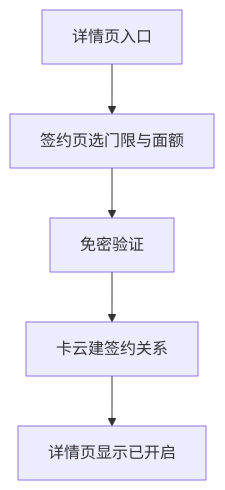
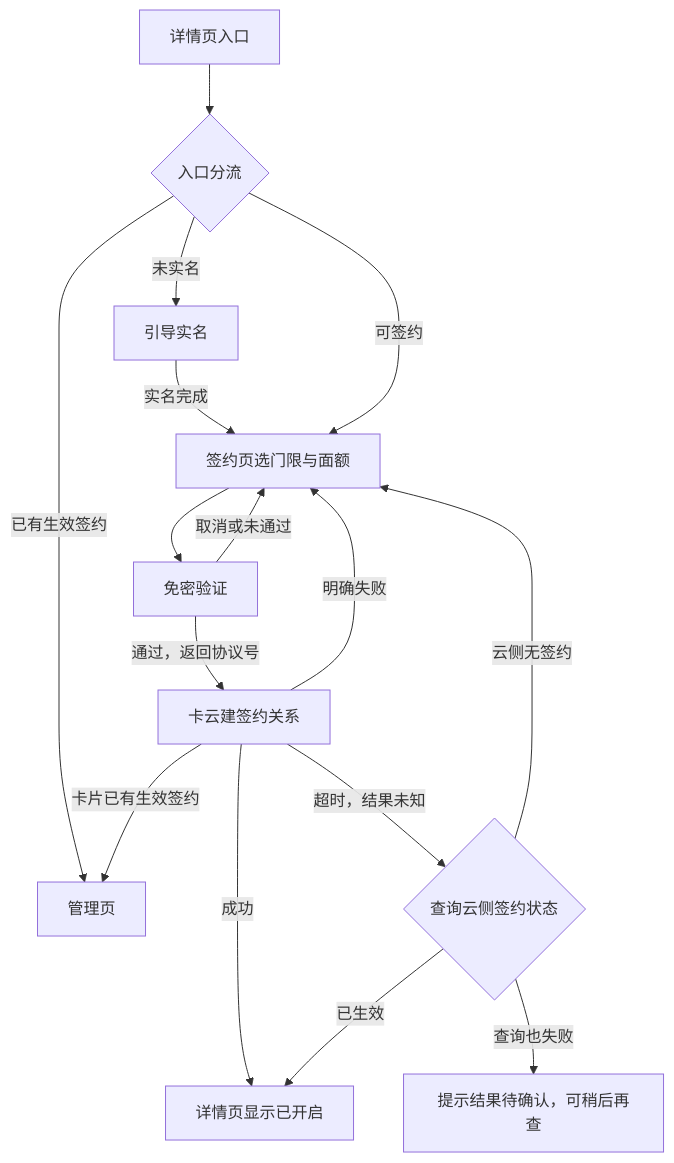
Before and after one commit to sqsqsq/SimulatedWalletForHmos: the first of 6 diagrams in doc/plan/2.0.3/2026-10-07-整体设计/实施反馈/金样候选/auto-topup/update/AR/story.md, drawn with Mermaid. The commit also changed other lines of this file and 38 other files, not shown here.

````diff
--- a/doc/plan/2.0.3/2026-10-07-整体设计/实施反馈/金样候选/auto-topup/update/AR/story.md
+++ b/doc/plan/2.0.3/2026-10-07-整体设计/实施反馈/金样候选/auto-topup/update/AR/story.md
@@ -94,8 +121,19 @@
 ```mermaid
 %% 图源 SR §1 #1
 flowchart TD
-  A[详情页入口] --> B[签约页选门限与面额]
+  A[详情页入口] --> X{入口分流}
+  X -->|已有生效签约| MG[管理页]
+  X -->|未实名| RN[引导实名]
+  RN -->|实名完成| B
+  X -->|可签约| B[签约页选门限与面额]
   B --> C[免密验证]
-  C --> D[卡云建签约关系]
-  D --> E[详情页显示已开启]
+  C -->|取消或未通过| B
+  C -->|通过，返回协议号| D[卡云建签约关系]
+  D -->|成功| E[详情页显示已开启]
+  D -->|明确失败| B
+  D -->|卡片已有生效签约| MG
+  D -->|超时，结果未知| Q{查询云侧签约状态}
+  Q -->|已生效| E
+  Q -->|云侧无签约| B
+  Q -->|查询也失败| U[提示结果待确认，可稍后再查]
 ```
````
